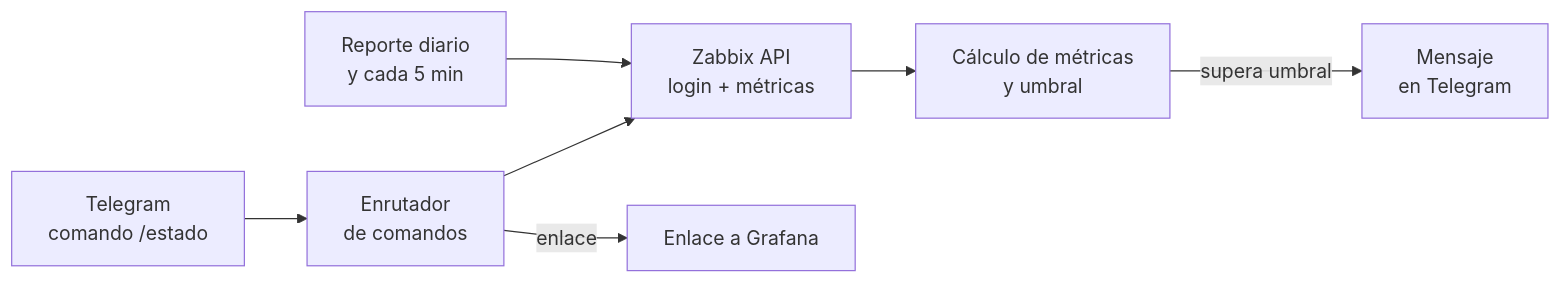
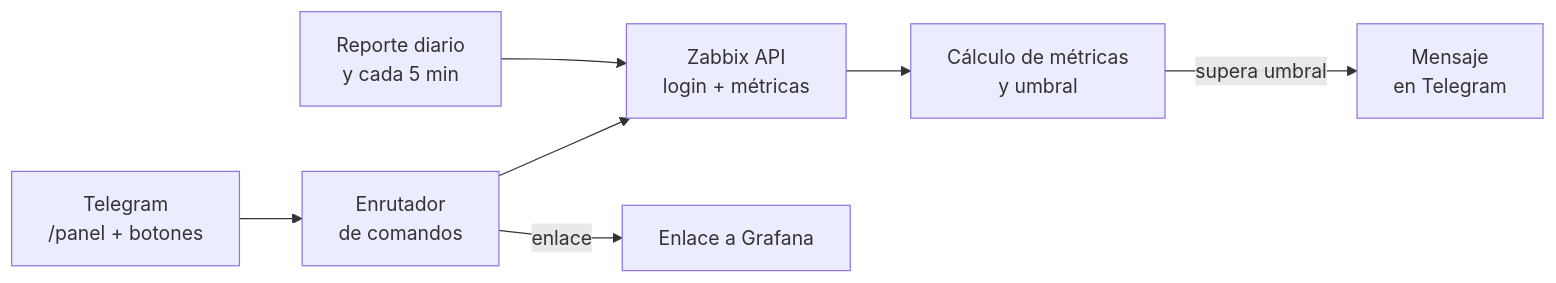
One commit to mllacer27-prog/radar-monitoring-stack changed the second of 2 diagrams in README.md. Above: the diagram before and after it, drawn with Mermaid. The commit also changed other lines of this file, not shown here.

Commit message:
docs: describir menu /panel con botones en el bot de Telegram

````diff
--- a/README.md
+++ b/README.md
@@ -87,9 +87,9 @@
 ```mermaid
 flowchart LR
-    T[Telegram<br/>comando /estado] --> R[Enrutador<br/>de comandos]
+    T[Telegram<br/>/panel + botones] --> R[Enrutador<br/>de comandos]
     S[Reporte diario<br/>y cada 5 min] --> Z[Zabbix API<br/>login + métricas]
     R --> Z
     Z --> C[Cálculo de métricas<br/>y umbral]
     C -->|supera umbral| M[Mensaje<br/>en Telegram]
     R -->|enlace| G[Enlace a Grafana]
 ```
````
